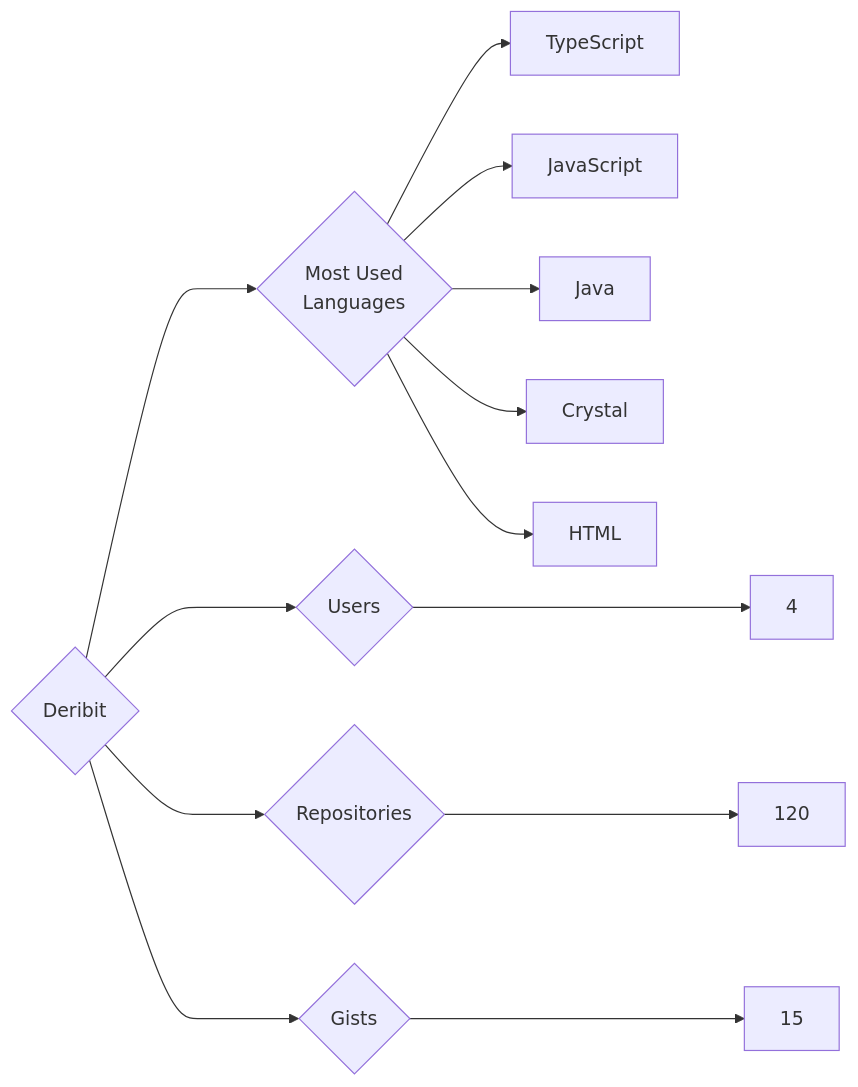
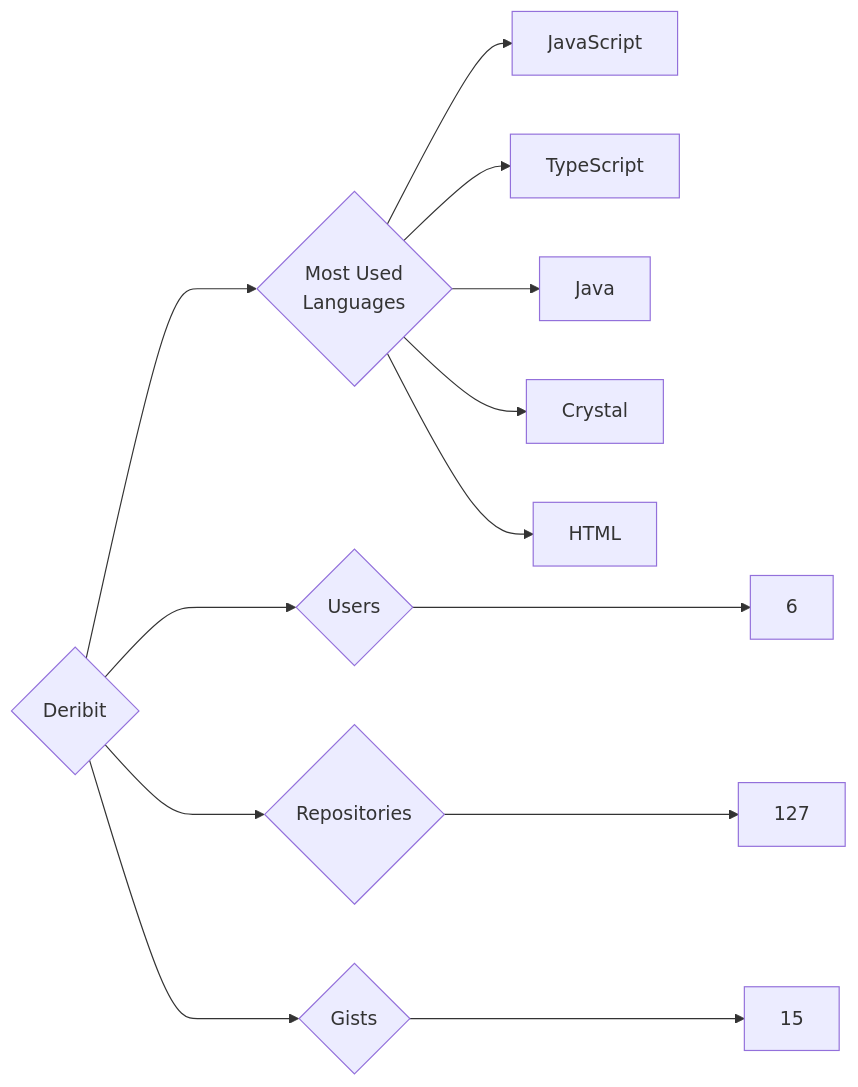
Before and after one commit to trickest/insiders: the diagram in targets/Deribit/README.md, drawn with Mermaid. The commit also changed 772 other files, not shown here.

````diff
--- a/targets/Deribit/README.md
+++ b/targets/Deribit/README.md
@@ -3,13 +3,13 @@
 ```mermaid
 graph LR
 COMPANY_NAME{Deribit}
-COMPANY_NAME ---> U{Users} ---> UN[4]
-COMPANY_NAME ---> R{Repositories} ---> RN[120]
+COMPANY_NAME ---> U{Users} ---> UN[6]
+COMPANY_NAME ---> R{Repositories} ---> RN[127]
 COMPANY_NAME ---> G{Gists} ---> GN[15]
 COMPANY_NAME ---> ML{Most Used<br>Languages}
+ML --> JavaScript[JavaScript]
 ML --> TypeScript[TypeScript]
-ML --> JavaScript[JavaScript]
 ML --> Java[Java]
 ML --> Crystal[Crystal]
 ML --> HTML[HTML]
 ```
````
